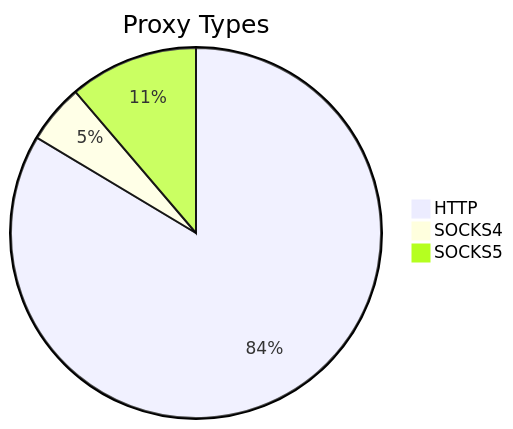
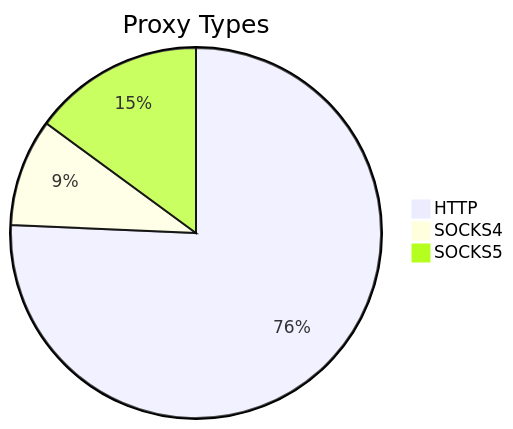
The first of 2 diagrams in README.md (stormsia/proxy-list), drawn with Mermaid before and after one commit. The commit also changed other lines of this file, not shown here.

````diff
--- a/README.md
+++ b/README.md
@@ -21,6 +21,6 @@
 ```mermaid
 pie title Proxy Types
-    "HTTP" : 275
-    "SOCKS4" : 17
-    "SOCKS5" : 37
+    "HTTP" : 218
+    "SOCKS4" : 27
+    "SOCKS5" : 43
 ```
````
